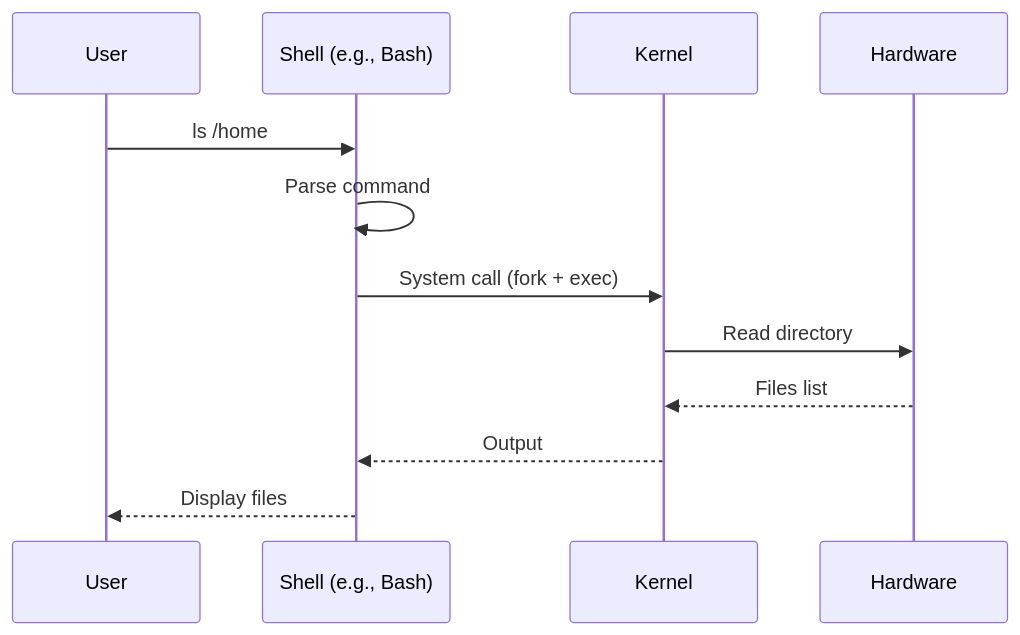
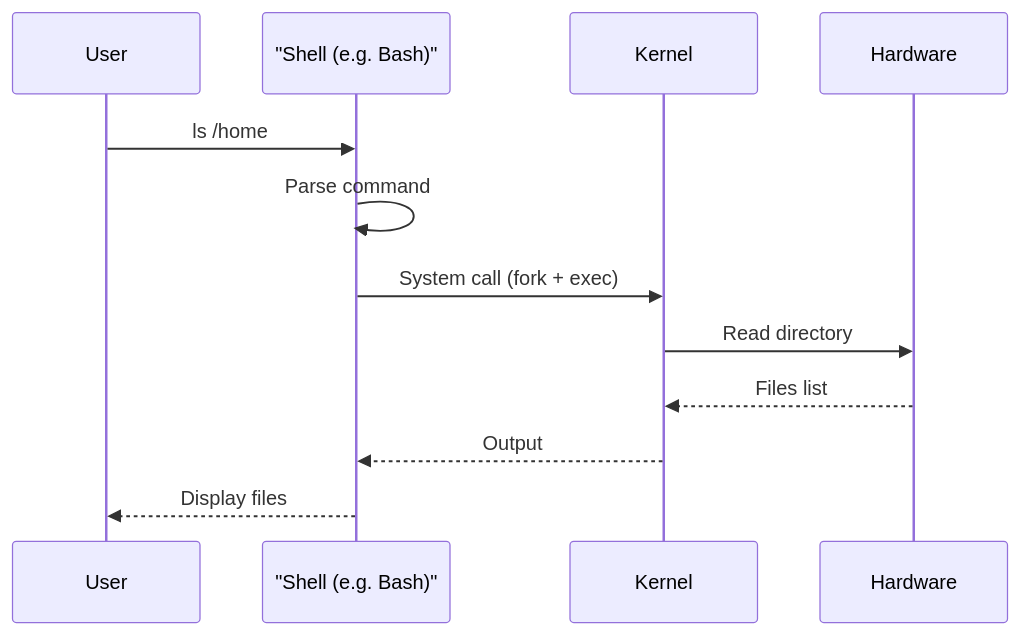
The second of 2 diagrams in handnote/operating-system-bd-bank/08-linux-shell.md (xujoncep/learning), drawn with Mermaid before and after one commit. The commit also changed other lines of this file and 7 other files, not shown here.

First line of the commit message:
Fix Mermaid v11 syntax errors across 5 pages + add /dev-login route

````diff
--- a/handnote/operating-system-bd-bank/08-linux-shell.md
+++ b/handnote/operating-system-bd-bank/08-linux-shell.md
@@ -311,15 +311,15 @@
 ```mermaid
 sequenceDiagram
     participant User
-    participant Shell as Shell (e.g., Bash)
+    participant Shell as "Shell (e.g. Bash)"
     participant Kernel
     participant HW as Hardware
     
     User->>Shell: ls /home
     Shell->>Shell: Parse command
     Shell->>Kernel: System call (fork + exec)
     Kernel->>HW: Read directory
     HW-->>Kernel: Files list
     Kernel-->>Shell: Output
     Shell-->>User: Display files
 ```
````
